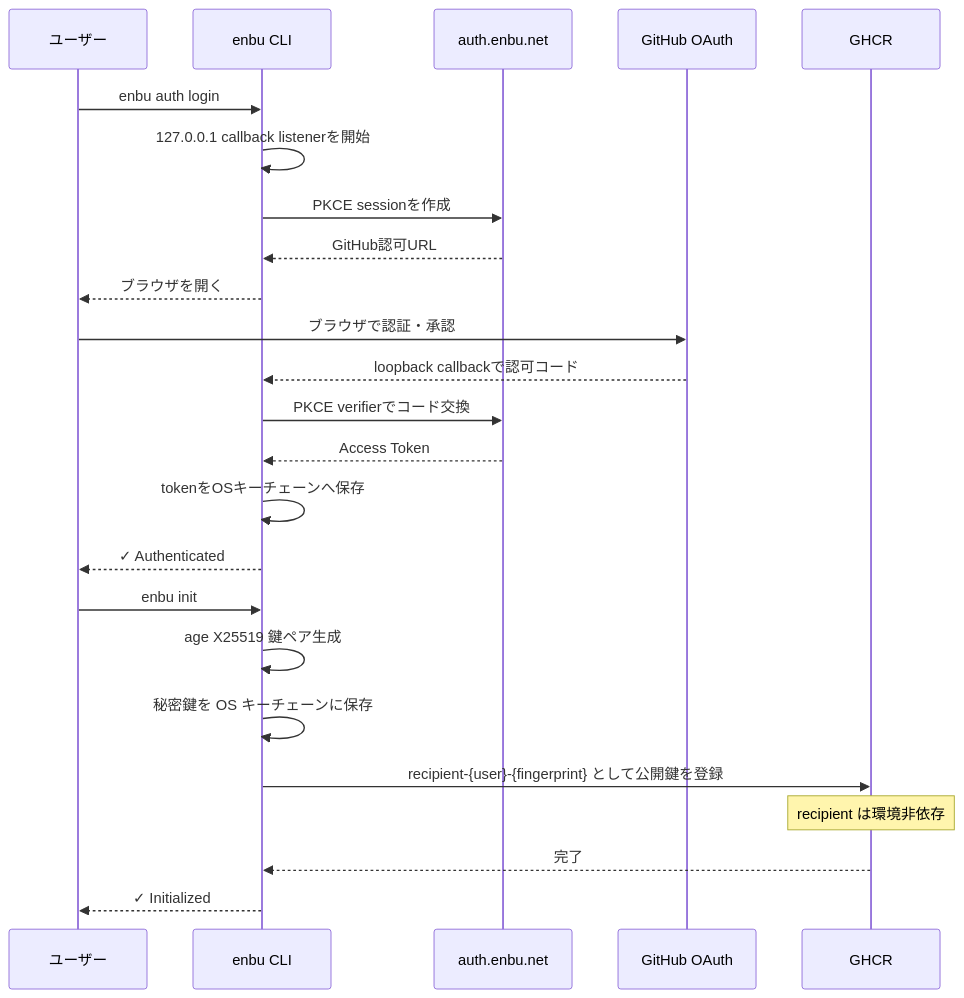
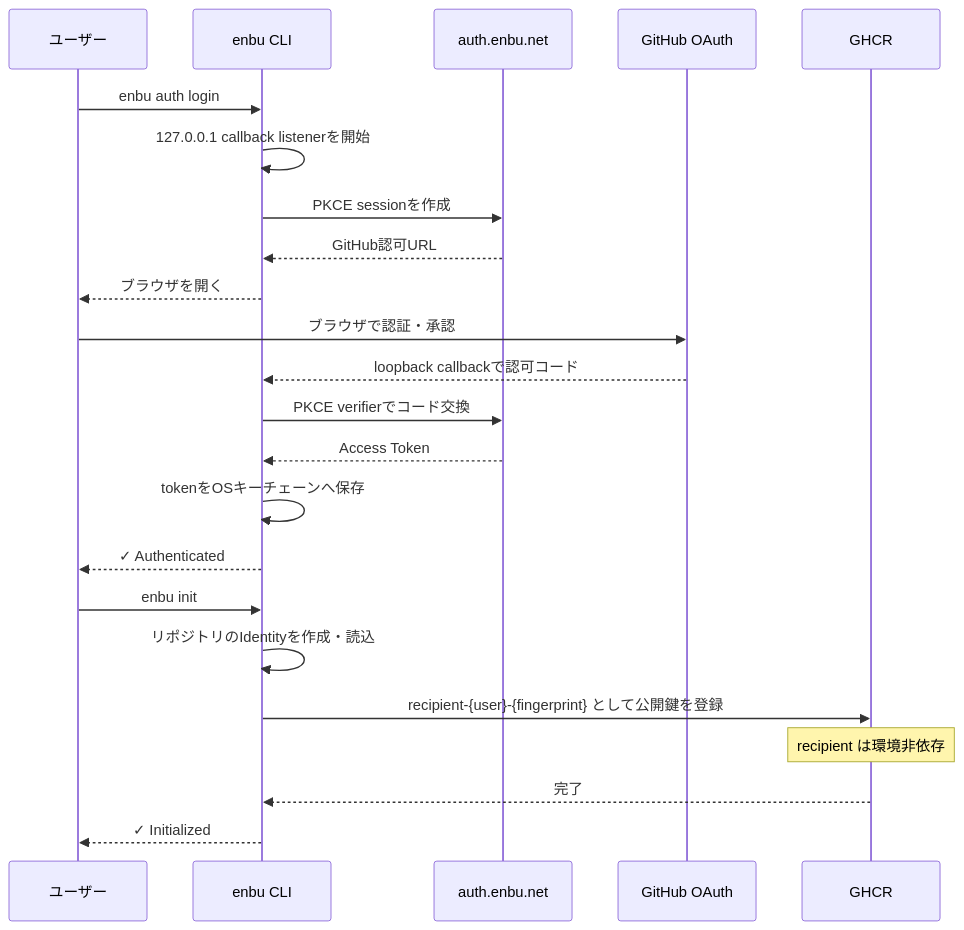
Before and after one commit to enbu-net/enbu: the first of 3 diagrams in README.ja.md, drawn with Mermaid. The commit also changed other lines of this file and 60 other files, not shown here.

````diff
--- a/README.ja.md
+++ b/README.ja.md
@@ -178,28 +201,27 @@
 ```mermaid
 sequenceDiagram
     participant User as ユーザー
     participant CLI as enbu CLI
     participant Auth as auth.enbu.net
     participant GitHub as GitHub OAuth
     participant GHCR as GHCR
 
     User->>CLI: enbu auth login
     CLI->>CLI: 127.0.0.1 callback listenerを開始
     CLI->>Auth: PKCE sessionを作成
     Auth-->>CLI: GitHub認可URL
     CLI-->>User: ブラウザを開く
     User->>GitHub: ブラウザで認証・承認
     GitHub-->>CLI: loopback callbackで認可コード
     CLI->>Auth: PKCE verifierでコード交換
     Auth-->>CLI: Access Token
     CLI->>CLI: tokenをOSキーチェーンへ保存
     CLI-->>User: ✓ Authenticated
 
     User->>CLI: enbu init
-    CLI->>CLI: age X25519 鍵ペア生成
-    CLI->>CLI: 秘密鍵を OS キーチェーンに保存
+    CLI->>CLI: リポジトリのIdentityを作成・読込
     CLI->>GHCR: recipient-{user}-{fingerprint} として公開鍵を登録
     Note over GHCR: recipient は環境非依存
     GHCR-->>CLI: 完了
     CLI-->>User: ✓ Initialized
 ```
````
